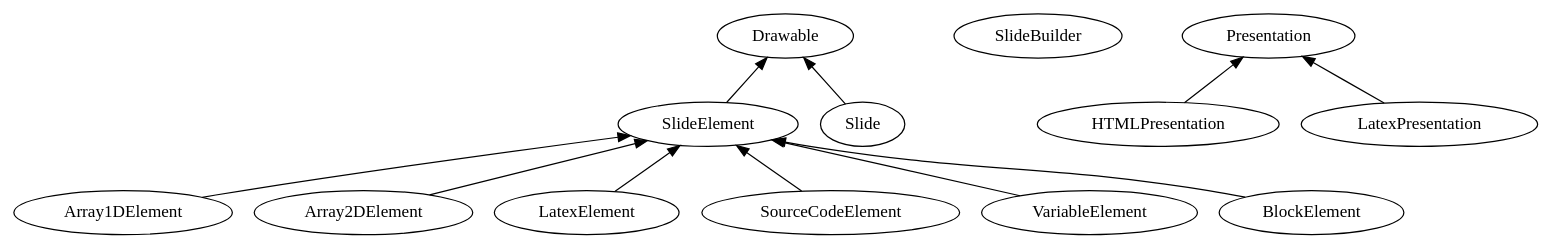
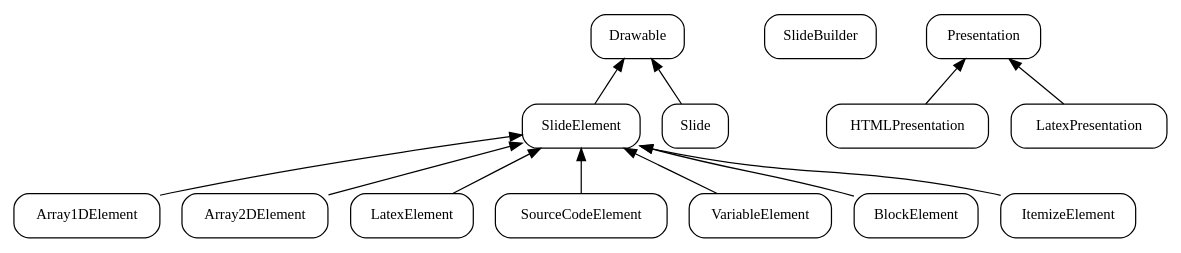
One commit to varqox/VisuAlgo changed the diagram in hierarchy.dot. Above: the diagram before and after it, drawn with Graphviz. The commit also changed 5 other files, not shown here.

Commit message:
Added ItemizeElement

```diff
--- a/hierarchy.dot
+++ b/hierarchy.dot
@@ -1,10 +1,14 @@
 digraph {
-	Drawable -> SlideElement, Slide [dir=back];
-	SlideElement -> Array1DElement, Array2DElement, LatexElement [dir=back];
-	SlideElement -> SourceCodeElement, VariableElement [dir=back];
-	SlideElement -> BlockElement [dir=back];
+	// overlap = false
+	node [style="rounded", shape=record, fontsize=12]
+	edge [dir=back]
+
+	Drawable -> SlideElement, Slide
+	SlideElement -> Array1DElement, Array2DElement, LatexElement
+	SlideElement -> SourceCodeElement, VariableElement
+	SlideElement -> BlockElement, ItemizeElement
 
 	SlideBuilder
 
-	Presentation -> HTMLPresentation, LatexPresentation [dir=back];
+	Presentation -> HTMLPresentation, LatexPresentation
 }
```
